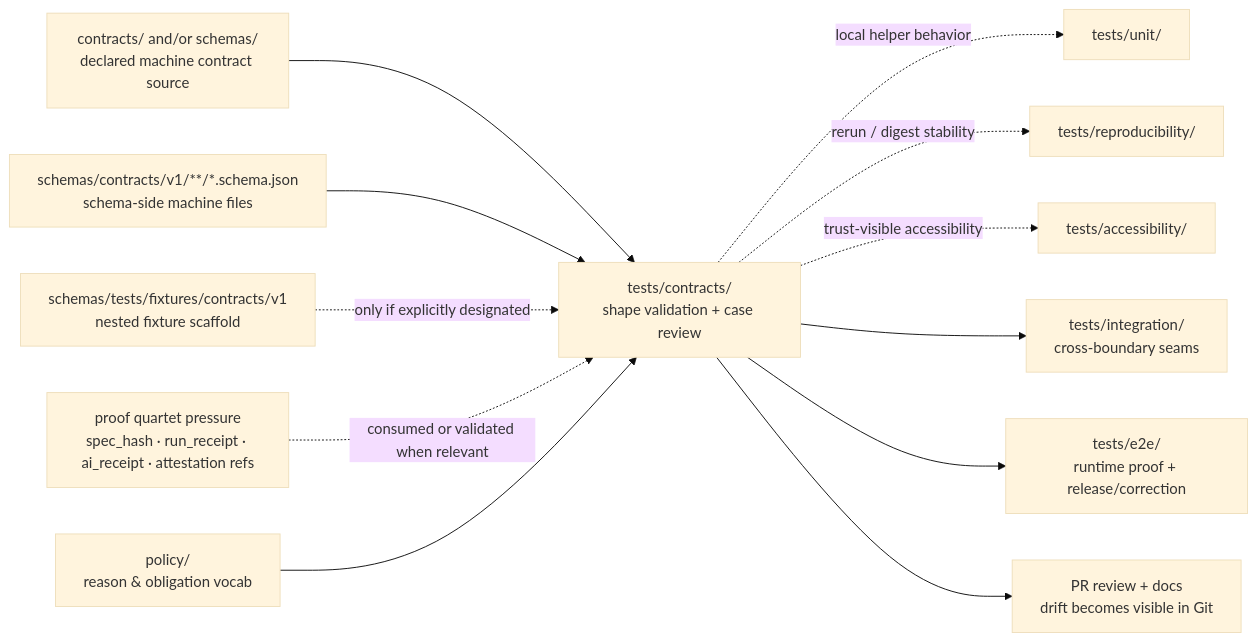
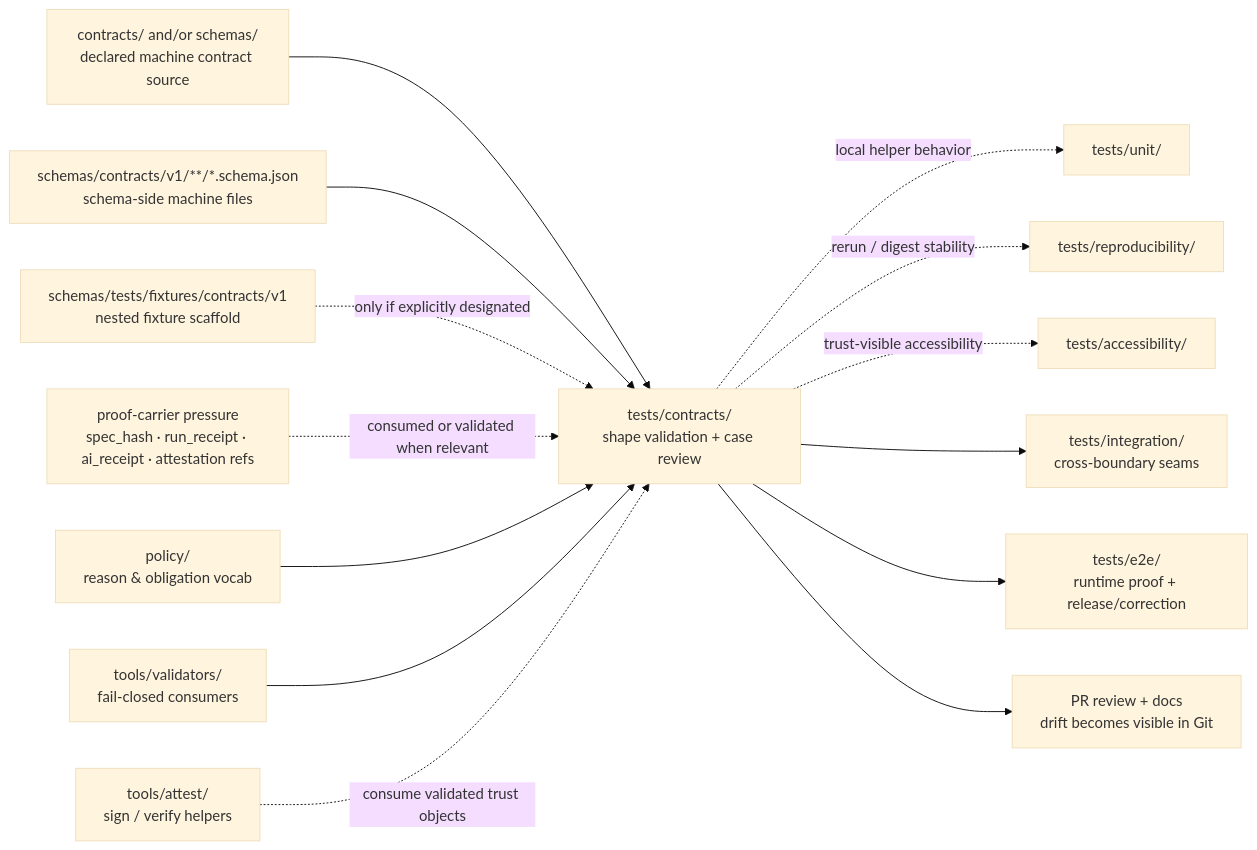
One commit to bartytime4life/Kansas-Frontier-Matrix changed the diagram in tests/contracts/README.md. Above: the diagram before and after it, drawn with Mermaid (base theme). The commit also changed other lines of this file, not shown here.

````diff
--- a/tests/contracts/README.md
+++ b/tests/contracts/README.md
@@ -587,14 +649,16 @@
 ```mermaid
 flowchart LR
     D[contracts/ and/or schemas/<br/>declared machine contract source] --> C[tests/contracts/<br/>shape validation + case review]
     S[schemas/contracts/v1/**/*.schema.json<br/>schema-side machine files] --> C
     F[schemas/tests/fixtures/contracts/v1<br/>nested fixture scaffold] -. only if explicitly designated .-> C
-    Q[proof quartet pressure<br/>spec_hash · run_receipt · ai_receipt · attestation refs] -. consumed or validated when relevant .-> C
+    Q[proof-carrier pressure<br/>spec_hash · run_receipt · ai_receipt · attestation refs] -. consumed or validated when relevant .-> C
     P[policy/<br/>reason & obligation vocab] --> C
+    V[tools/validators/<br/>fail-closed consumers] --> C
+    A[tools/attest/<br/>sign / verify helpers] -. consume validated trust objects .-> C
     C -. local helper behavior .-> U[tests/unit/]
     C -. rerun / digest stability .-> R[tests/reproducibility/]
     C -. trust-visible accessibility .-> X[tests/accessibility/]
     C --> I[tests/integration/<br/>cross-boundary seams]
     C --> E[tests/e2e/<br/>runtime proof + release/correction]
     C --> G[PR review + docs<br/>drift becomes visible in Git]
 ```
````
